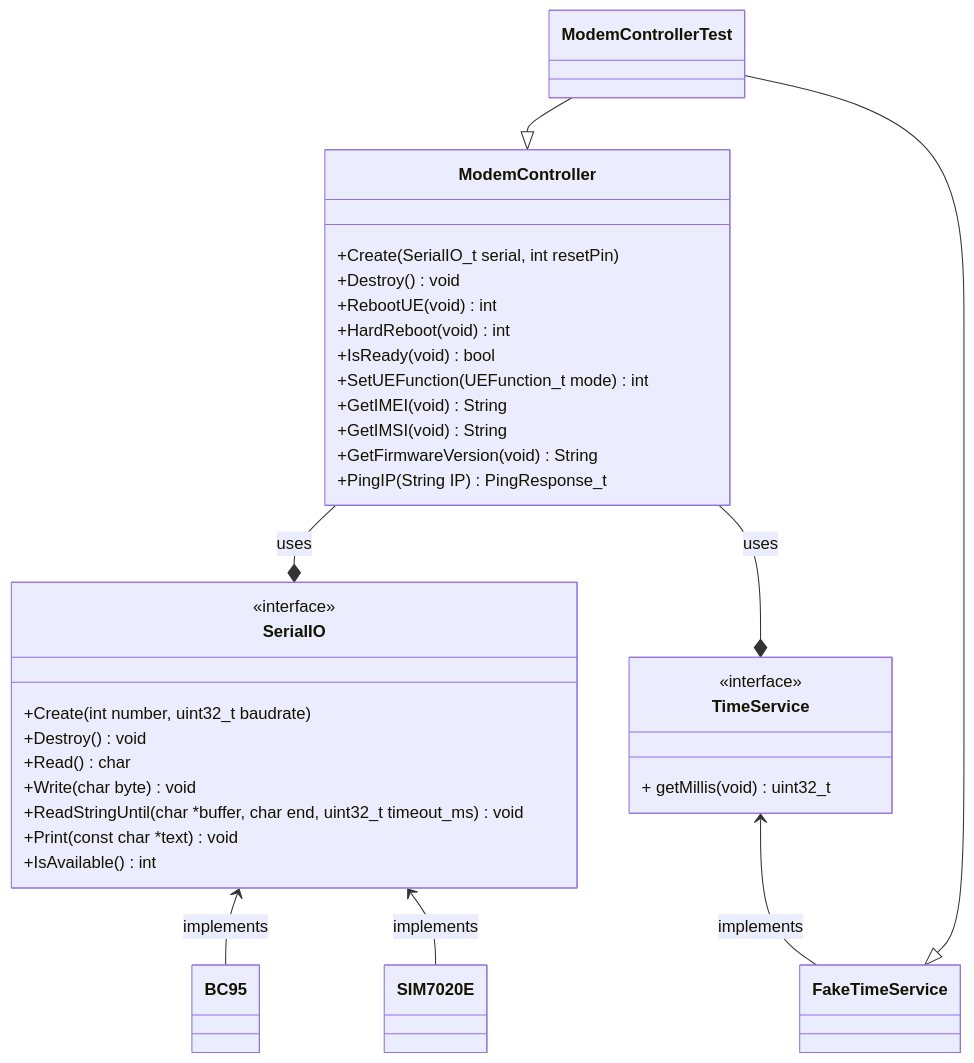
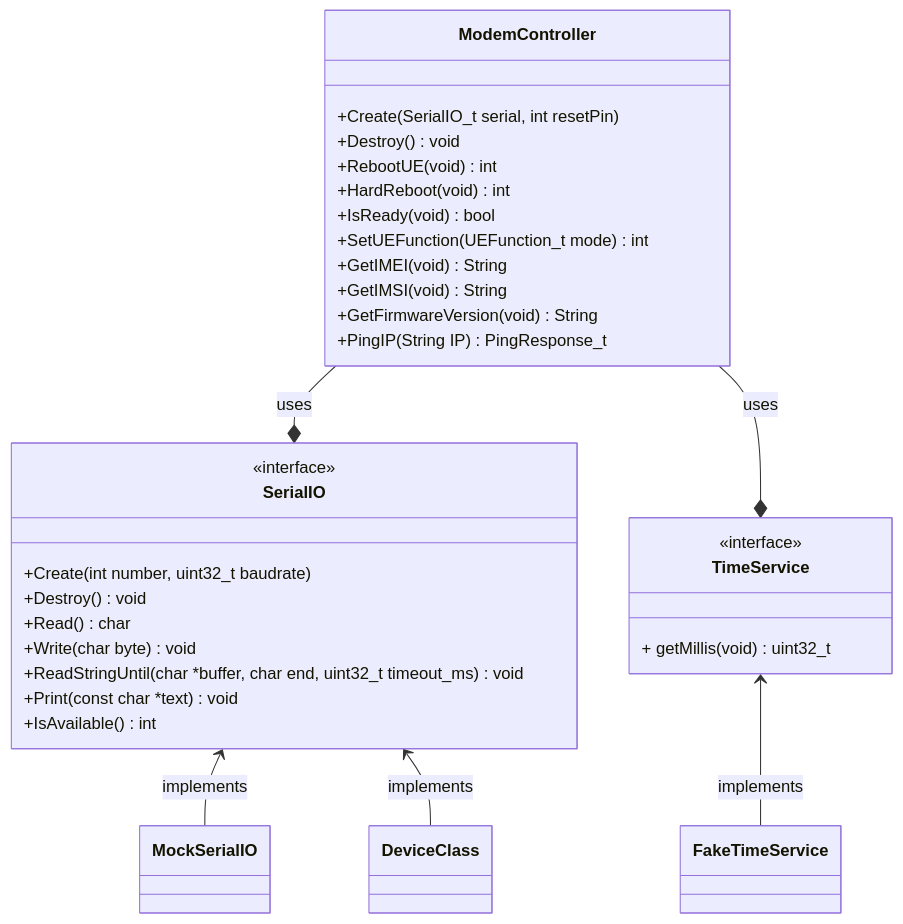
One commit to aungkhantmaw64/BC95Driver changed the diagram in README.md. Above: the diagram before and after it, drawn with Mermaid.

Commit message:
Fix UML diagram

````diff
--- a/README.md
+++ b/README.md
@@ -22,54 +22,43 @@
 ```mermaid
 classDiagram
-    class ModemControllerTest{
-
-    }
 
     class ModemController{
         +Create(SerialIO_t serial, int resetPin)
         +Destroy() void
         +RebootUE(void) int
         +HardReboot(void) int
         +IsReady(void) bool
         +SetUEFunction(UEFunction_t mode) int
         +GetIMEI(void) String
         +GetIMSI(void) String
         +GetFirmwareVersion(void) String
         +PingIP(String IP) PingResponse_t
     }
 
     class TimeService{
         <<interface>>
         + getMillis(void) uint32_t
     }
 
     class FakeTimeService{
 
     }
 
     class SerialIO{
         <<interface>>
         +Create(int number, uint32_t baudrate)
         +Destroy() void
         +Read() char
         +Write(char byte) void
         +ReadStringUntil(char *buffer, char end, uint32_t timeout_ms) void
     +Print(const char *text) void
     +IsAvailable() int
     }
 
-    class BC95{
-
-    }
-    class SIM7020E{
-
-    }
-    ModemControllerTest --|> ModemController
-    ModemControllerTest --|> FakeTimeService
     ModemController --* SerialIO: uses
-    SerialIO <-- BC95: implements
-    SerialIO <-- SIM7020E: implements
+    SerialIO <-- MockSerialIO: implements
+    SerialIO <-- DeviceClass: implements
     ModemController --* TimeService: uses
     TimeService <-- FakeTimeService: implements
 
 ```
````
